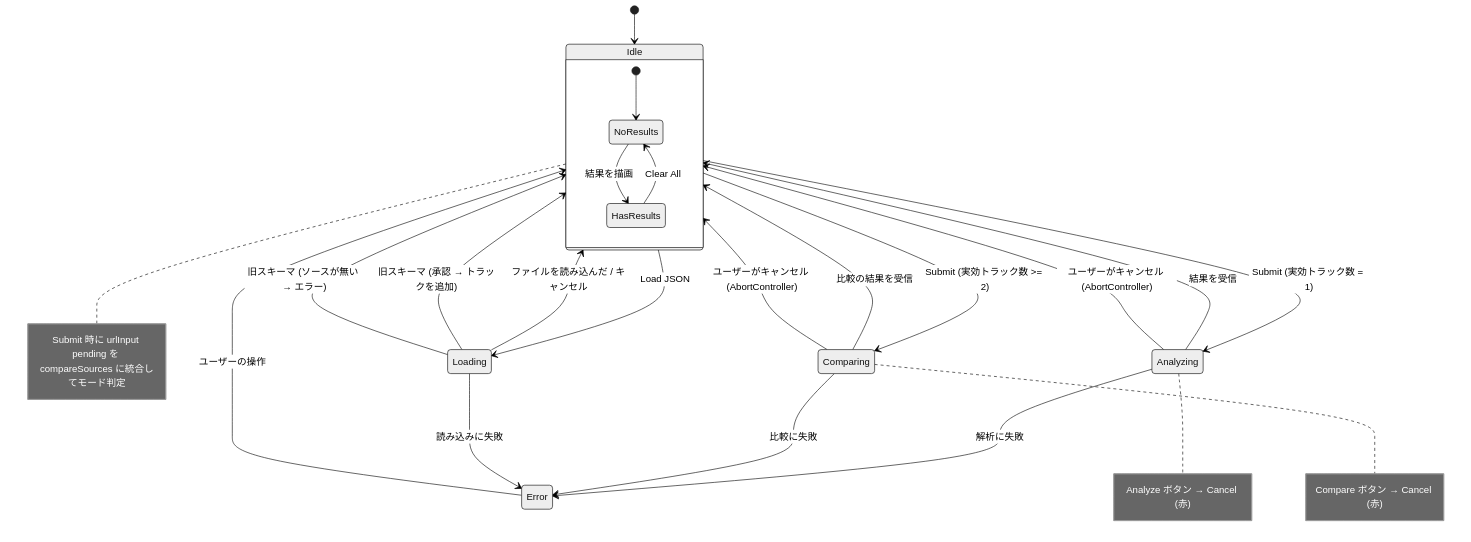
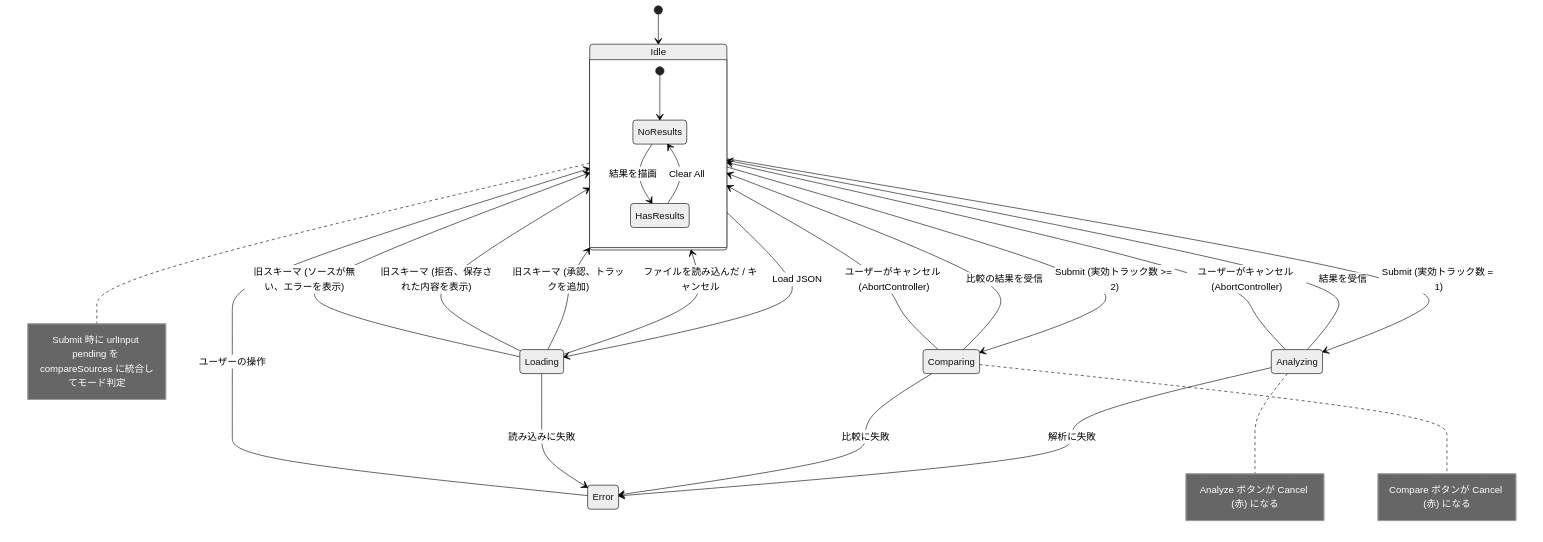
Before and after one commit to semnil/analyze-spectrum: diagram 11 of 18 in docs/architecture.ja.md, drawn with Mermaid (neutral theme). The commit also changed other lines of this file and 7 other files, not shown here.

````diff
--- a/docs/architecture.ja.md
+++ b/docs/architecture.ja.md
@@ -276,32 +292,33 @@
 ```mermaid
 stateDiagram-v2
     [*] --> Idle
     Idle --> Analyzing : Submit (実効トラック数 = 1)
     Idle --> Comparing : Submit (実効トラック数 >= 2)
     Idle --> Loading : Load JSON
 
     Analyzing --> Idle : 結果を受信
     Analyzing --> Idle : ユーザーがキャンセル (AbortController)
     Analyzing --> Error : 解析に失敗
 
     Comparing --> Idle : 比較の結果を受信
     Comparing --> Idle : ユーザーがキャンセル (AbortController)
     Comparing --> Error : 比較に失敗
 
     Loading --> Idle : ファイルを読み込んだ / キャンセル
-    Loading --> Idle : 旧スキーマ (承認 → トラックを追加)
-    Loading --> Idle : 旧スキーマ (ソースが無い → エラー)
+    Loading --> Idle : 旧スキーマ (承認、トラックを追加)
+    Loading --> Idle : 旧スキーマ (拒否、保存された内容を表示)
+    Loading --> Idle : 旧スキーマ (ソースが無い、エラーを表示)
     Loading --> Error : 読み込みに失敗
 
     Error --> Idle : ユーザーの操作
 
     state Idle {
         [*] --> NoResults
         NoResults --> HasResults : 結果を描画
         HasResults --> NoResults : Clear All
     }
 
     note right of Idle : Submit 時に urlInput pending を compareSources に統合してモード判定
-    note right of Analyzing : Analyze ボタン → Cancel (赤)
-    note right of Comparing : Compare ボタン → Cancel (赤)
+    note right of Analyzing : Analyze ボタンが Cancel (赤) になる
+    note right of Comparing : Compare ボタンが Cancel (赤) になる
 ```
````
